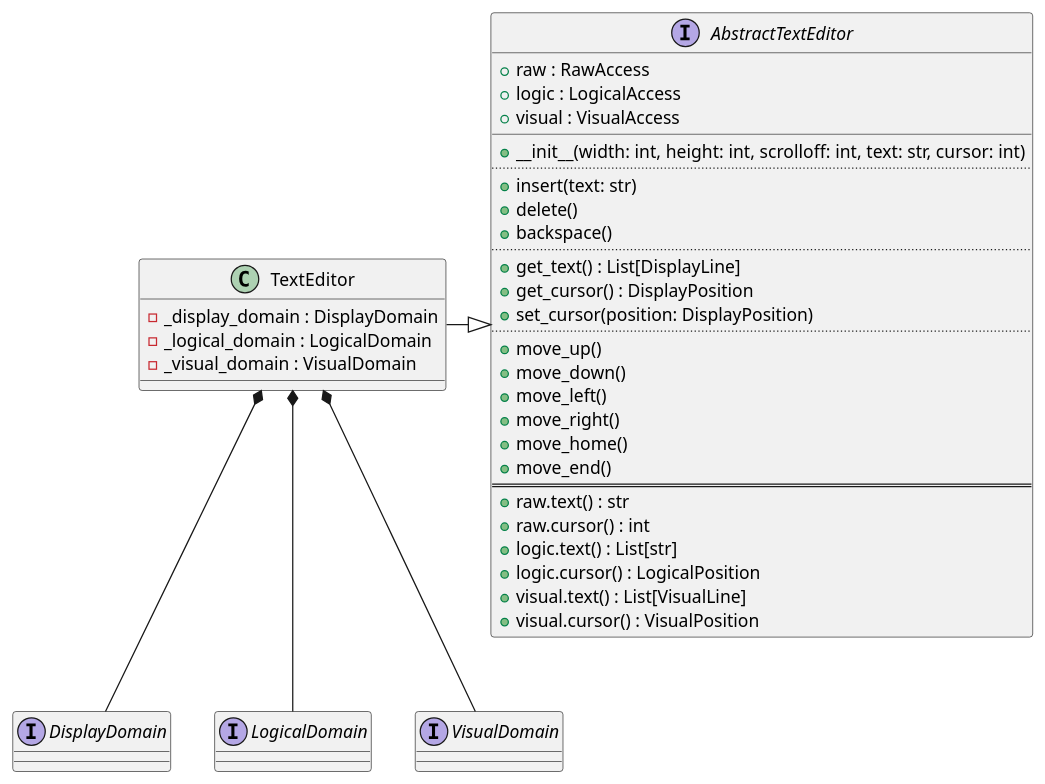
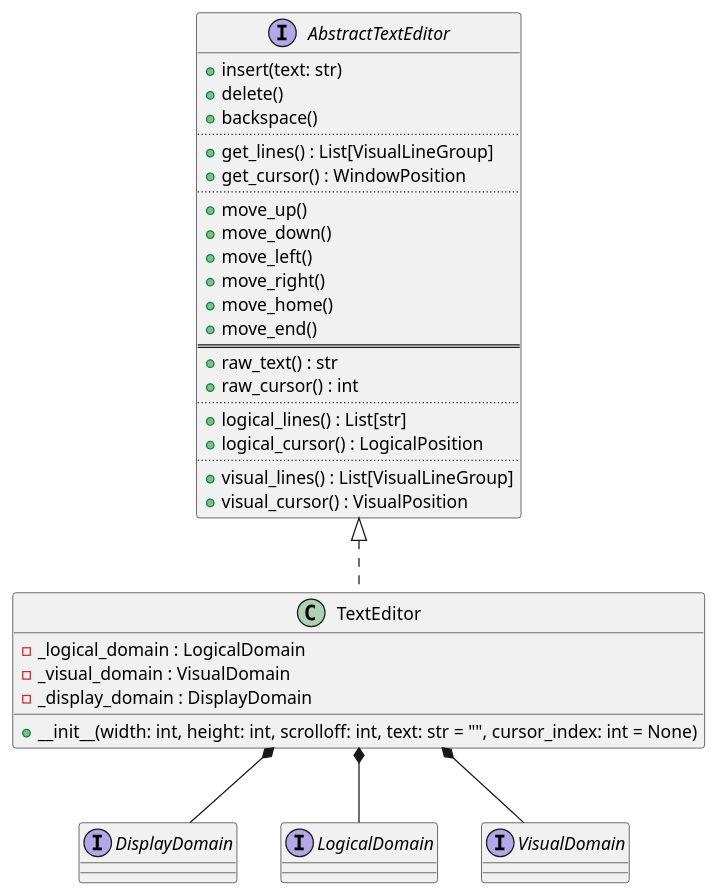
One commit to JoeRittiner/TextEngine changed the diagram in docs/source/specs/architecture/diagrams/class-facade.puml. Above: the diagram before and after it, drawn with PlantUML. The commit also changed 3 other files, not shown here.

Commit message:
doc: Polish class diagrams

```diff
--- a/docs/source/specs/architecture/diagrams/class-facade.puml
+++ b/docs/source/specs/architecture/diagrams/class-facade.puml
@@ -1,54 +1,50 @@
 @startuml
 
 interface AbstractTextEditor {
-    +raw : RawAccess
-    +logic : LogicalAccess
-    +visual : VisualAccess
-    __
-    +__init__(width: int, height: int, scrolloff: int, text: str, cursor: int)
-    ..
+    ' --- Primary Display Interface ---
     +insert(text: str)
     +delete()
     +backspace()
     ..
-    +get_text() : List[DisplayLine]
-    ' DisplayLine contains text and corresponding Logical Line index
-    +get_cursor() : DisplayPosition
-    ' [x, y]
-    +set_cursor(position: DisplayPosition)
+    +get_lines() : List[VisualLineGroup]
+    +get_cursor() : WindowPosition
     ..
     +move_up()
     +move_down()
     +move_left()
     +move_right()
     +move_home()
     +move_end()
     ==
-    +raw.text() : str
-    +raw.cursor() : int
-    +logic.text() : List[str]
-    +logic.cursor() : LogicalPosition
-    +visual.text() : List[VisualLine]
-    +visual.cursor() : VisualPosition
+    ' --- Extended Output Interfaces ---
+    +raw_text() : str
+    +raw_cursor() : int
+    ..
+    +logical_lines() : List[str]
+    +logical_cursor() : LogicalPosition
+    ..
+    +visual_lines() : List[VisualLineGroup]
+    +visual_cursor() : VisualPosition
 }
 
-
 class TextEditor {
-    -_display_domain : DisplayDomain
     -_logical_domain : LogicalDomain
     -_visual_domain : VisualDomain
+    -_display_domain : DisplayDomain
+    __
+    +__init__(width: int, height: int, scrolloff: int, text: str = "", cursor_index: int = None)
 }
 
 interface DisplayDomain
 interface LogicalDomain
 interface VisualDomain
 
 ' ----
 
-TextEditor -|> AbstractTextEditor
+TextEditor .up.|> AbstractTextEditor
 
 TextEditor *-- LogicalDomain
 TextEditor *-- VisualDomain
 TextEditor *-- DisplayDomain
 
 @enduml
```
